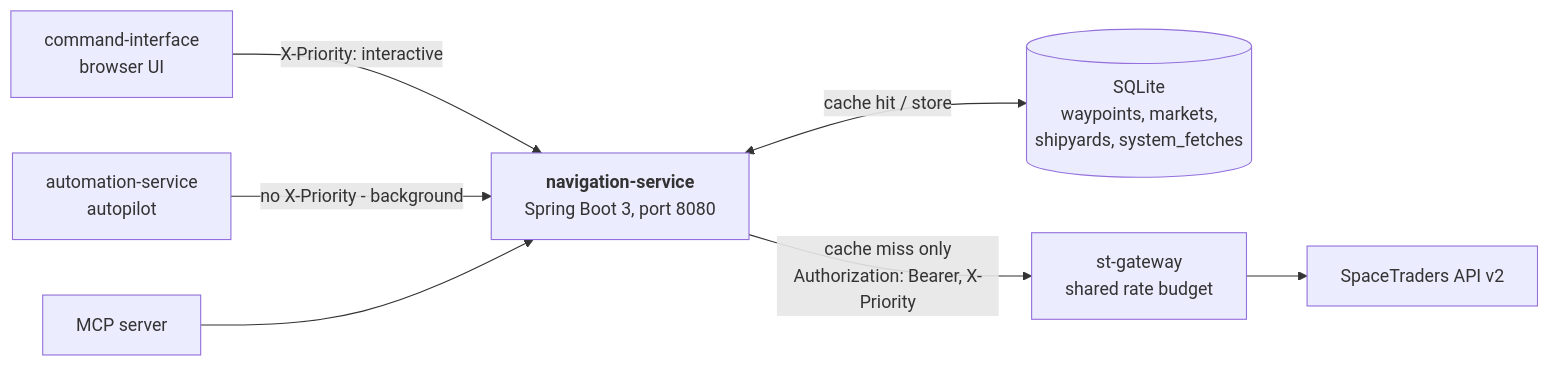
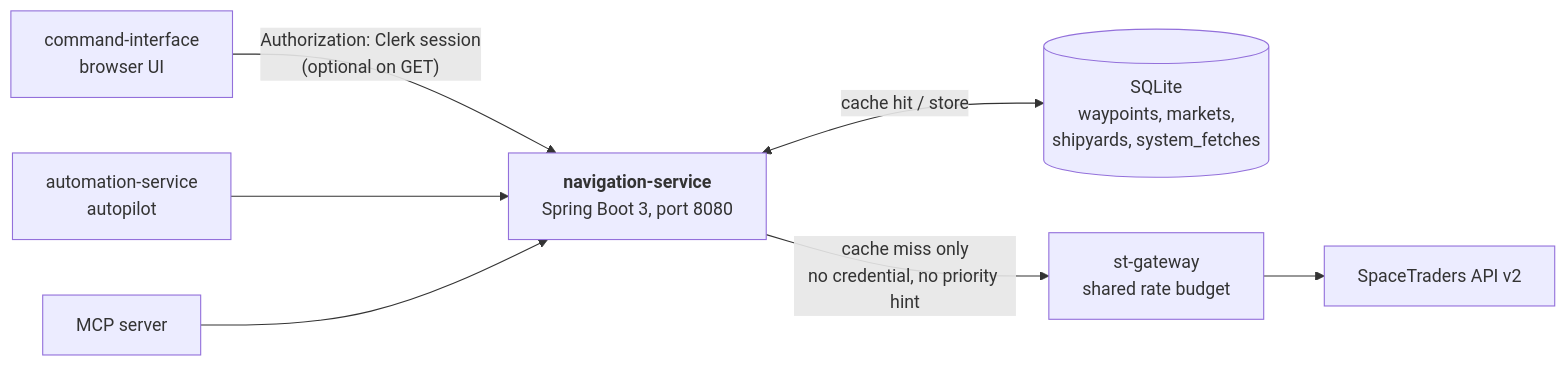
One commit to V-M-Pioneer-Trading/navigation-service changed the first of 3 diagrams in README.md. Above: the diagram before and after it, drawn with Mermaid. The commit also changed other lines of this file and 34 other files, not shown here.

````diff
--- a/README.md
+++ b/README.md
@@ -26,19 +27,19 @@
 ```mermaid
 flowchart LR
     UI["command-interface<br/>browser UI"]
     AUTO["automation-service<br/>autopilot"]
     MCP["MCP server"]
 
     NAV["<b>navigation-service</b><br/>Spring Boot 3, port 8080"]
     DB[("SQLite<br/>waypoints, markets,<br/>shipyards, system_fetches")]
     GW["st-gateway<br/>shared rate budget"]
     ST["SpaceTraders API v2"]
 
-    UI -->|"X-Priority: interactive"| NAV
-    AUTO -->|"no X-Priority - background"| NAV
+    UI -->|"Authorization: Clerk session<br/>(optional on GET)"| NAV
+    AUTO --> NAV
     MCP --> NAV
 
     NAV <-->|"cache hit / store"| DB
-    NAV -->|"cache miss only<br/>Authorization: Bearer, X-Priority"| GW
+    NAV -->|"cache miss only<br/>no credential, no priority hint"| GW
     GW --> ST
 ```
````
